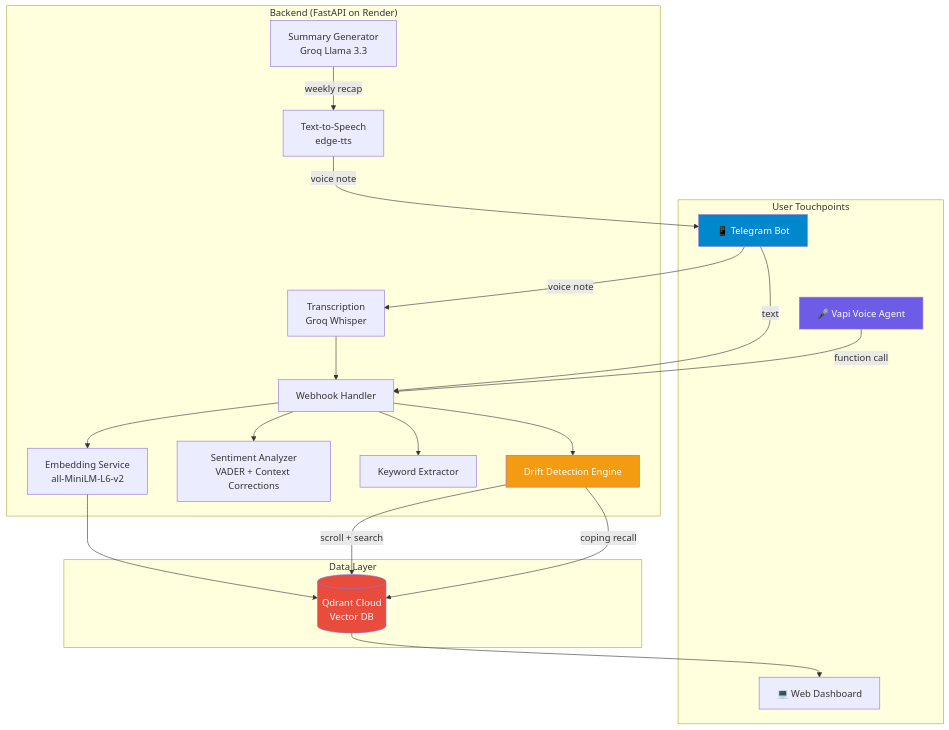
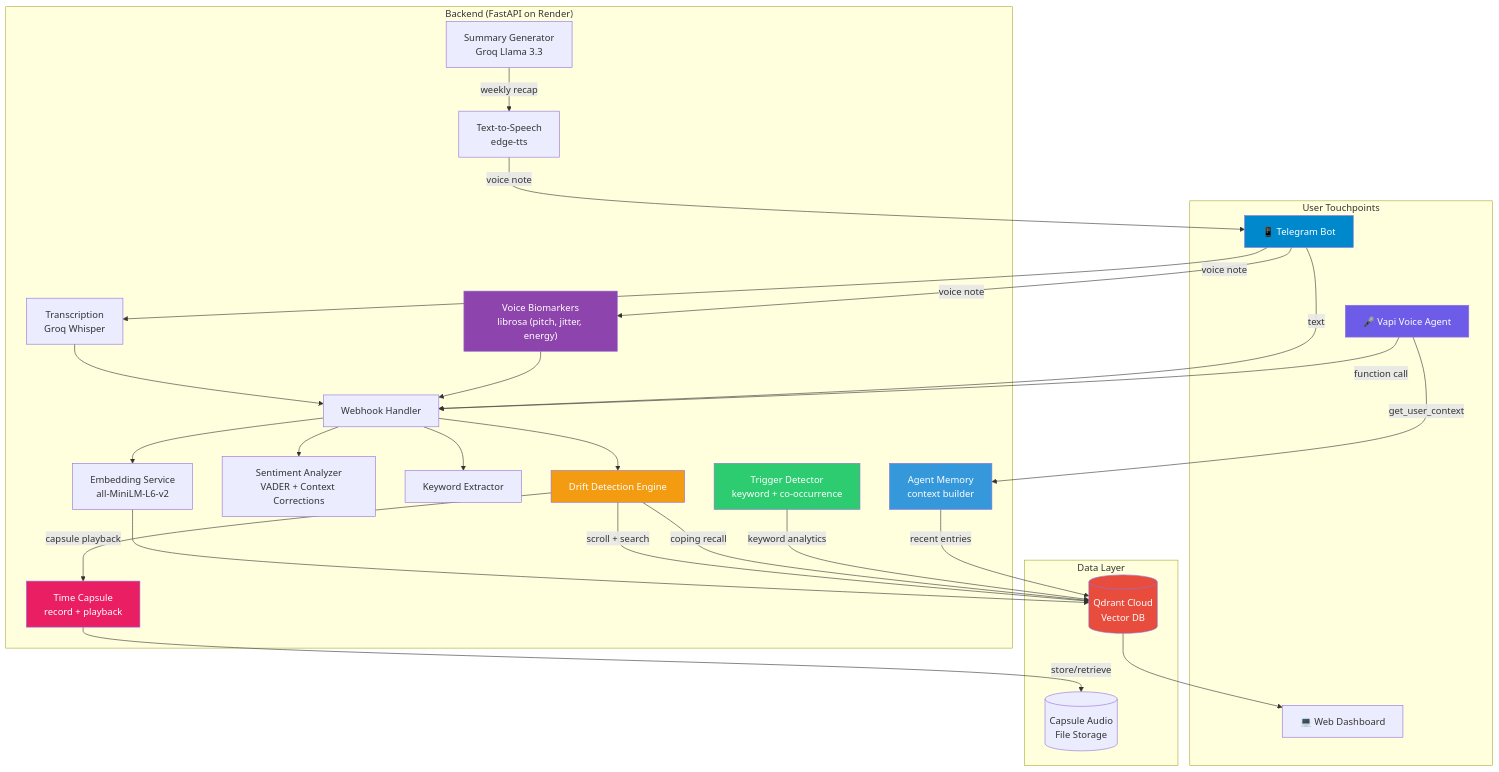
Before and after one commit to karan68/mooddrift: the first of 4 diagrams in ARTICLE.md, drawn with Mermaid. The commit also changed other lines of this file and 35 other files, not shown here.

````diff
--- a/ARTICLE.md
+++ b/ARTICLE.md
@@ -69,42 +71,58 @@
 ```mermaid
 graph TB
     subgraph "User Touchpoints"
         TG["📱 Telegram Bot"]
         VAPI["🎤 Vapi Voice Agent"]
         DASH["💻 Web Dashboard"]
     end
 
     subgraph "Backend (FastAPI on Render)"
         WH["Webhook Handler"]
         EMB["Embedding Service<br/>all-MiniLM-L6-v2"]
         SENT["Sentiment Analyzer<br/>VADER + Context Corrections"]
         KW["Keyword Extractor"]
         DRIFT["Drift Detection Engine"]
         TTS["Text-to-Speech<br/>edge-tts"]
         LLM["Summary Generator<br/>Groq Llama 3.3"]
         WHISPER["Transcription<br/>Groq Whisper"]
+        VBM["Voice Biomarkers<br/>librosa (pitch, jitter, energy)"]
+        TRIG["Trigger Detector<br/>keyword + co-occurrence"]
+        MEM["Agent Memory<br/>context builder"]
+        TC["Time Capsule<br/>record + playback"]
     end
 
     subgraph "Data Layer"
         QD[("Qdrant Cloud<br/>Vector DB")]
+        FS[("Capsule Audio<br/>File Storage")]
     end
 
     TG -->|voice note| WHISPER
+    TG -->|voice note| VBM
     TG -->|text| WH
     VAPI -->|function call| WH
+    VAPI -->|get_user_context| MEM
     WHISPER --> WH
+    VBM --> WH
     WH --> EMB --> QD
     WH --> SENT
     WH --> KW
     WH --> DRIFT
     DRIFT -->|scroll + search| QD
     DRIFT -->|coping recall| QD
+    DRIFT -->|capsule playback| TC
+    TRIG -->|keyword analytics| QD
+    MEM -->|recent entries| QD
+    TC -->|store/retrieve| FS
     LLM -->|weekly recap| TTS
     TTS -->|voice note| TG
     QD --> DASH
 
     style QD fill:#E74C3C,color:#fff
     style DRIFT fill:#F39C12,color:#fff
+    style VBM fill:#8E44AD,color:#fff
+    style TRIG fill:#2ECC71,color:#fff
+    style MEM fill:#3498DB,color:#fff
+    style TC fill:#E91E63,color:#fff
     style TG fill:#0088cc,color:#fff
     style VAPI fill:#6C5CE7,color:#fff
 ```
````
